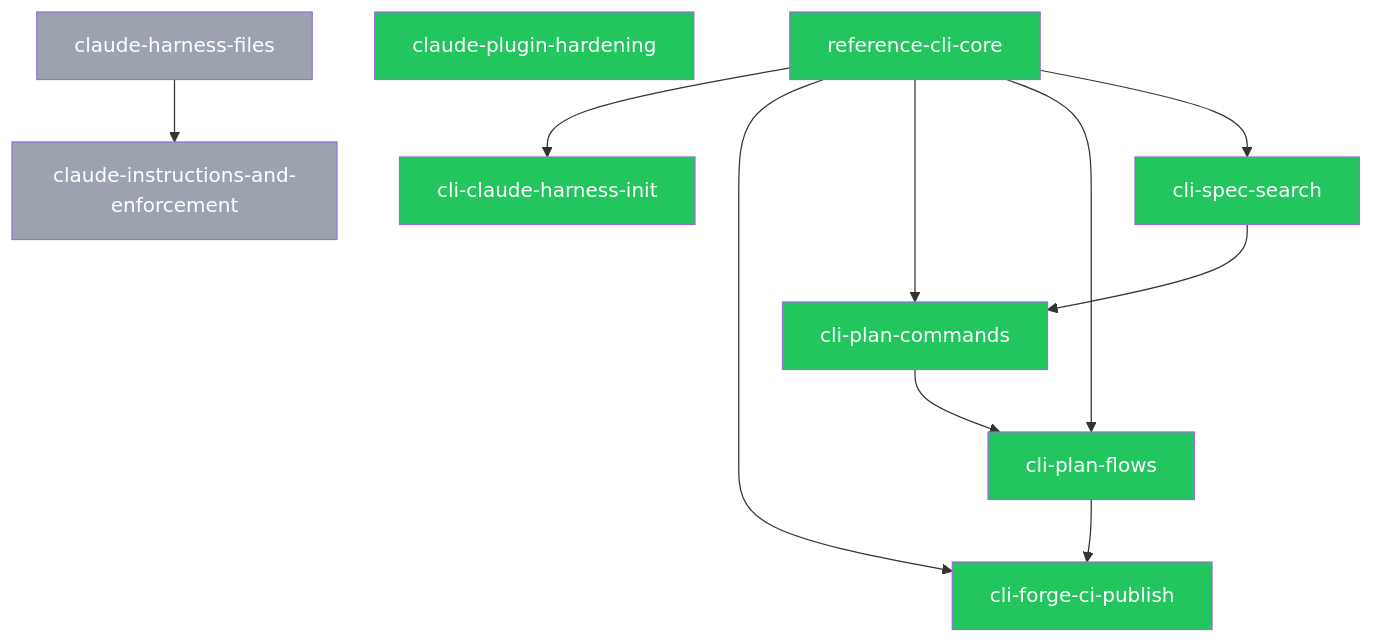
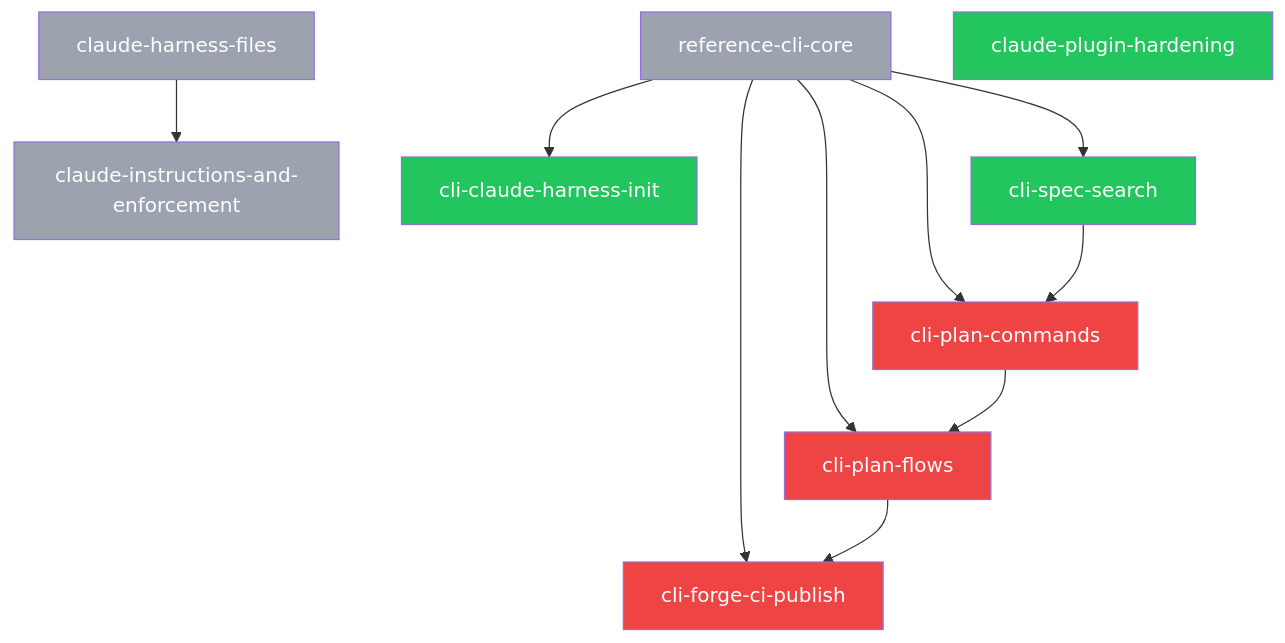
Before and after one commit to SpiralSky/specplane: the diagram in plans/PLANS.md, drawn with Mermaid. The commit also changed other lines of this file and 7 other files, not shown here.

First line of the commit message:
chore(specplane): finish 2026-10-28-reference-cli-core

````diff
--- a/plans/PLANS.md
+++ b/plans/PLANS.md
@@ -26,28 +26,28 @@
 ```mermaid
 graph TD
-    p_2026_10_28_reference_cli_core[reference-cli-core]:::ready
+    p_2026_10_28_reference_cli_core[reference-cli-core]:::done
+    p_2026_10_29_claude_harness_files[claude-harness-files]:::done
+    p_2026_10_29_claude_instructions_and_enforcement[claude-instructions-and-enforcement]:::done
     p_2026_10_29_claude_plugin_hardening[claude-plugin-hardening]:::ready
     p_2026_10_29_cli_claude_harness_init[cli-claude-harness-init]:::ready
-    p_2026_10_29_cli_forge_ci_publish[cli-forge-ci-publish]:::ready
-    p_2026_10_29_cli_plan_commands[cli-plan-commands]:::ready
-    p_2026_10_29_cli_plan_flows[cli-plan-flows]:::ready
+    p_2026_10_29_cli_forge_ci_publish[cli-forge-ci-publish]:::blocked
+    p_2026_10_29_cli_plan_commands[cli-plan-commands]:::blocked
+    p_2026_10_29_cli_plan_flows[cli-plan-flows]:::blocked
     p_2026_10_29_cli_spec_search[cli-spec-search]:::ready
-    p_2026_10_29_claude_harness_files[claude-harness-files]:::done
-    p_2026_10_29_claude_instructions_and_enforcement[claude-instructions-and-enforcement]:::done
+    p_2026_10_29_claude_harness_files --> p_2026_10_29_claude_instructions_and_enforcement
     p_2026_10_28_reference_cli_core --> p_2026_10_29_cli_claude_harness_init
     p_2026_10_28_reference_cli_core --> p_2026_10_29_cli_forge_ci_publish
     p_2026_10_29_cli_plan_flows --> p_2026_10_29_cli_forge_ci_publish
     p_2026_10_28_reference_cli_core --> p_2026_10_29_cli_plan_commands
     p_2026_10_29_cli_spec_search --> p_2026_10_29_cli_plan_commands
     p_2026_10_28_reference_cli_core --> p_2026_10_29_cli_plan_flows
     p_2026_10_29_cli_plan_commands --> p_2026_10_29_cli_plan_flows
     p_2026_10_28_reference_cli_core --> p_2026_10_29_cli_spec_search
-    p_2026_10_29_claude_harness_files --> p_2026_10_29_claude_instructions_and_enforcement
     classDef draft fill:#f9fafb,color:#374151,stroke:#d1d5db
     classDef ready fill:#22c55e,color:#fff
     classDef blocked fill:#ef4444,color:#fff
     classDef in_progress fill:#3b82f6,color:#fff
     classDef review fill:#60a5fa,color:#fff
     classDef done fill:#9ca3af,color:#fff
     classDef abandoned fill:#9ca3af,color:#fff,text-decoration:line-through
 ```
````
